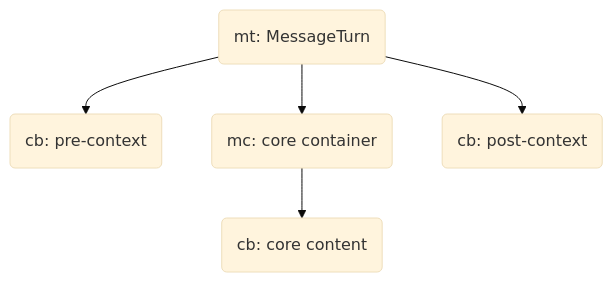
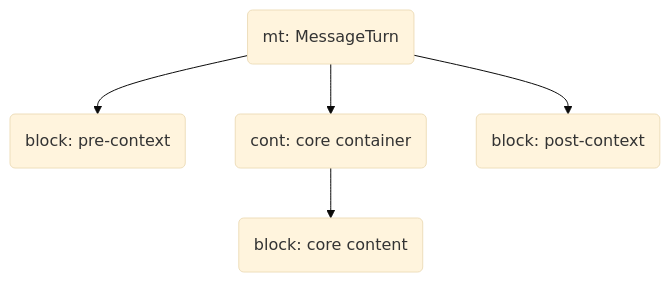
The second of 4 diagrams in docs/diagrams.md (earldennison/PACT-spec), drawn with Mermaid (base theme) before and after one commit. The commit also changed other lines of this file and 16 other files, not shown here.

````diff
--- a/docs/diagrams.md
+++ b/docs/diagrams.md
@@ -25,12 +25,12 @@
 ```mermaid
 graph TD
   mt(mt: MessageTurn)
-  pre(cb: pre-context)
-  mc(mc: core container)
-  post(cb: post-context)
+  pre(block: pre-context)
+  cont(cont: core container)
+  post(block: post-context)
 
   mt --> pre
-  mt --> mc
+  mt --> cont
   mt --> post
-  mc --> core(cb: core content)
+  cont --> core(block: core content)
 ```
````
